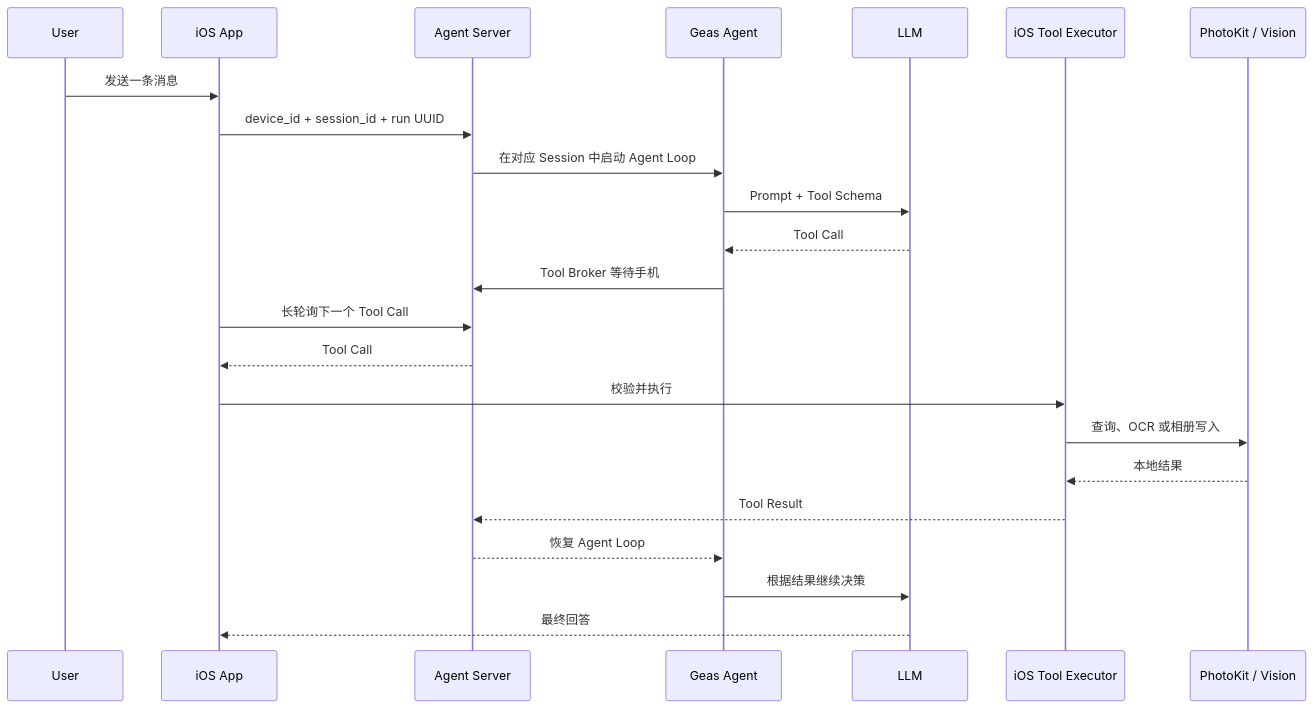
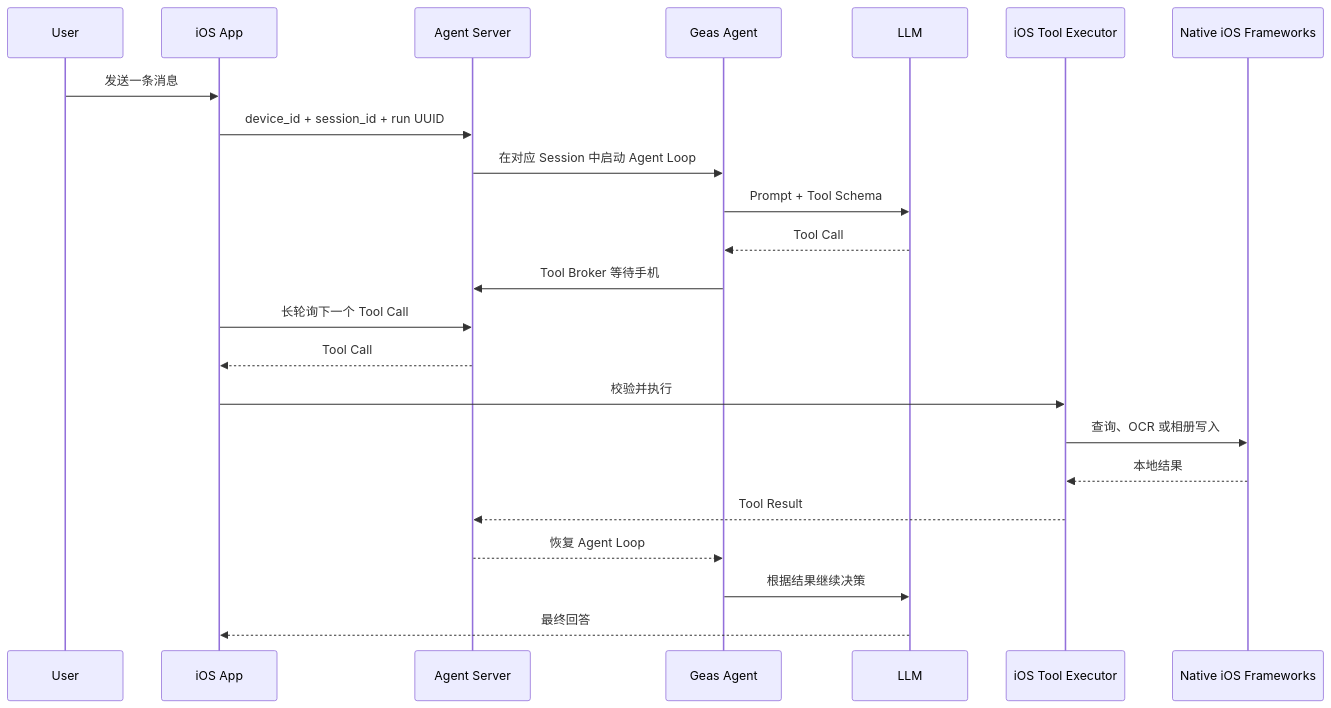
The diagram in apps/wellphone/README.md (weii2000/GeasAI), drawn with Mermaid before and after one commit. The commit also changed other lines of this file and 24 other files, not shown here.

```diff
--- a/apps/wellphone/README.md
+++ b/apps/wellphone/README.md
@@ -28,26 +29,26 @@
 ~~~mermaid
 sequenceDiagram
     participant U as User
     participant I as iOS App
     participant S as Agent Server
     participant A as Geas Agent
     participant L as LLM
     participant T as iOS Tool Executor
-    participant K as PhotoKit / Vision
+    participant K as Native iOS Frameworks
 
     U->>I: 发送一条消息
     I->>S: device_id + session_id + run UUID
     S->>A: 在对应 Session 中启动 Agent Loop
     A->>L: Prompt + Tool Schema
     L-->>A: Tool Call
     A->>S: Tool Broker 等待手机
     I->>S: 长轮询下一个 Tool Call
     S-->>I: Tool Call
     I->>T: 校验并执行
     T->>K: 查询、OCR 或相册写入
     K-->>T: 本地结果
     T-->>S: Tool Result
     S-->>A: 恢复 Agent Loop
     A->>L: 根据结果继续决策
     L-->>I: 最终回答
 ~~~
```
